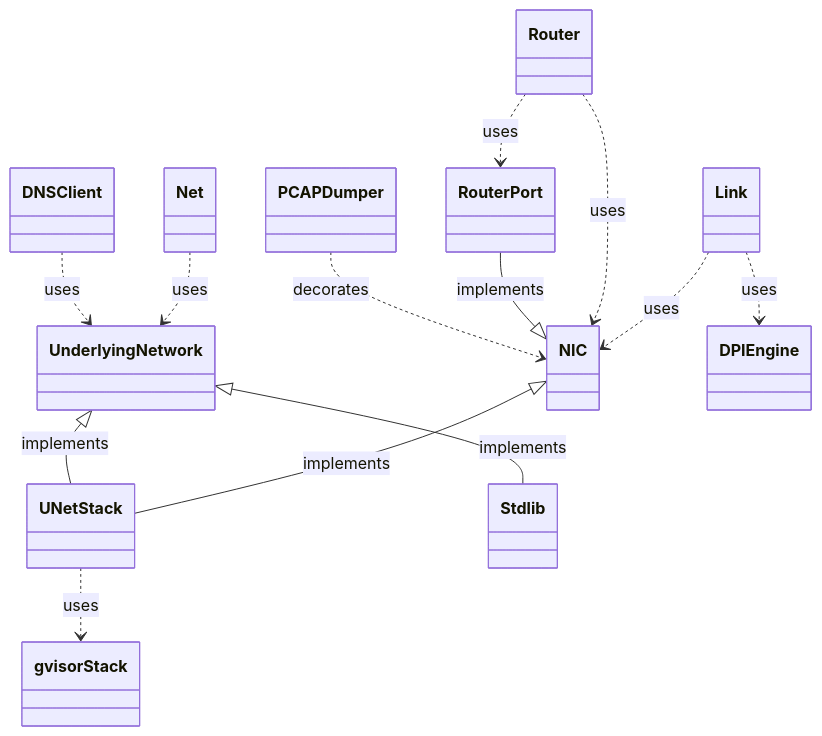
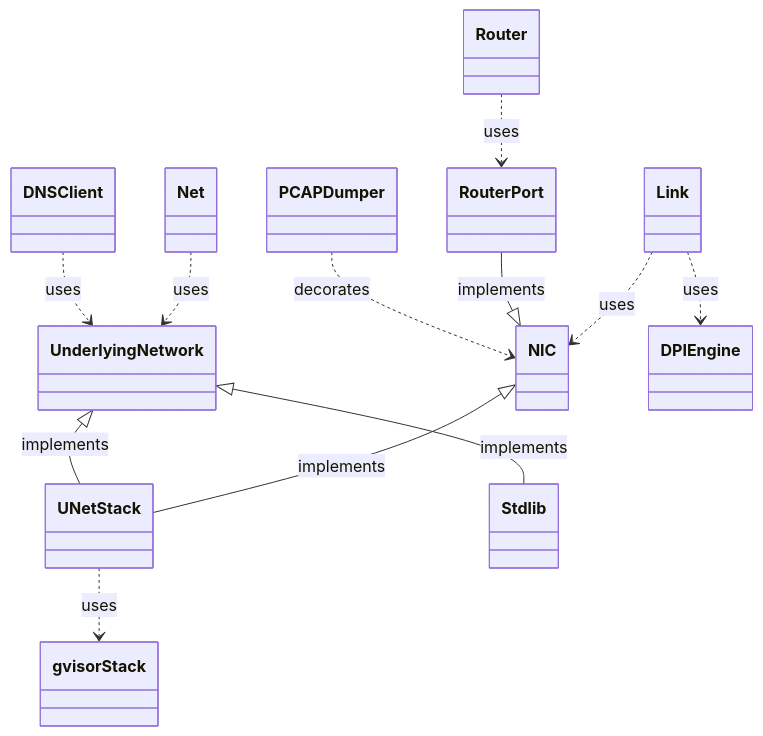
Before and after one commit to ooni/netem: the diagram in ARCHITECTURE.md, drawn with Mermaid.

````diff
--- a/ARCHITECTURE.md
+++ b/ARCHITECTURE.md
@@ -39,15 +39,14 @@
 ```mermaid
 classDiagram
 NIC <|-- UNetStack : implements
 UnderlyingNetwork <|-- UNetStack : implements
 Net ..> UnderlyingNetwork : uses
 Link ..> DPIEngine : uses
 Link ..> NIC : uses
-Router ..> NIC : uses
 Router ..> RouterPort : uses
 RouterPort --|> NIC: implements
 DNSClient ..> UnderlyingNetwork : uses
 UNetStack ..> gvisorStack : uses
 UnderlyingNetwork <|-- Stdlib : implements
 PCAPDumper ..> NIC : decorates
 ```
````
